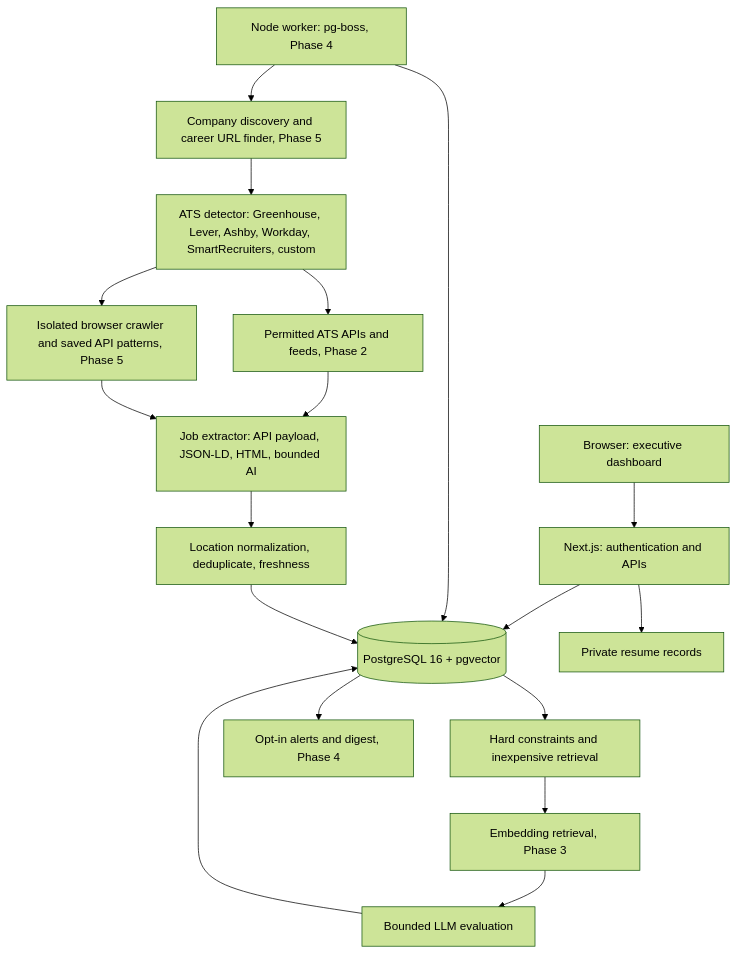
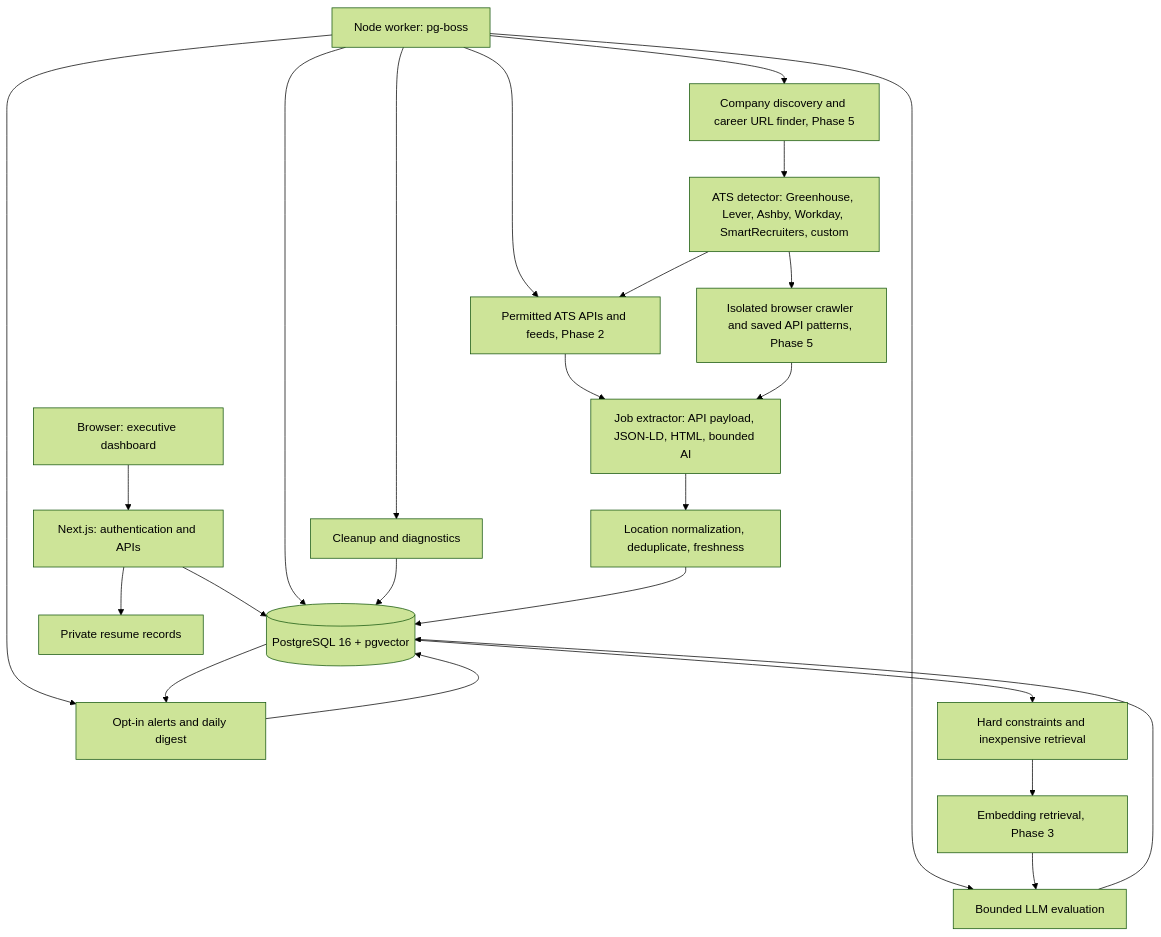
Before and after one commit to half-paul/job-finder: the diagram in doc/architecture.md, drawn with Mermaid (forest theme). The commit also changed other lines of this file and 52 other files, not shown here.

````diff
--- a/doc/architecture.md
+++ b/doc/architecture.md
@@ -9,20 +9,26 @@
 ```mermaid
 flowchart TD
   Browser[Browser: executive dashboard] --> Web[Next.js: authentication and APIs]
   Web --> DB[(PostgreSQL 16 + pgvector)]
   Web --> Documents[Private resume records]
-  Worker[Node worker: pg-boss, Phase 4] --> DB
+  Worker[Node worker: pg-boss] --> Sources
+  Worker --> Evaluation
+  Worker --> Alerts[Opt-in alerts and daily digest]
+  Worker --> Maintenance[Cleanup and diagnostics]
+  Worker --> DB
+  Maintenance --> DB
+  Alerts --> DB
   Worker --> Discovery[Company discovery and career URL finder, Phase 5]
   Discovery --> Detector[ATS detector: Greenhouse, Lever, Ashby, Workday, SmartRecruiters, custom]
   Detector --> Sources[Permitted ATS APIs and feeds, Phase 2]
   Detector --> Crawler[Isolated browser crawler and saved API patterns, Phase 5]
   Sources --> Extract[Job extractor: API payload, JSON-LD, HTML, bounded AI]
   Crawler --> Extract
   Extract --> Normalize[Location normalization, deduplicate, freshness]
   Normalize --> DB
   DB --> Filter[Hard constraints and inexpensive retrieval]
   Filter --> Embeddings[Embedding retrieval, Phase 3]
   Embeddings --> Evaluation[Bounded LLM evaluation]
   Evaluation --> DB
-  DB --> Alerts[Opt-in alerts and digest, Phase 4]
+  DB --> Alerts
 ```
````
